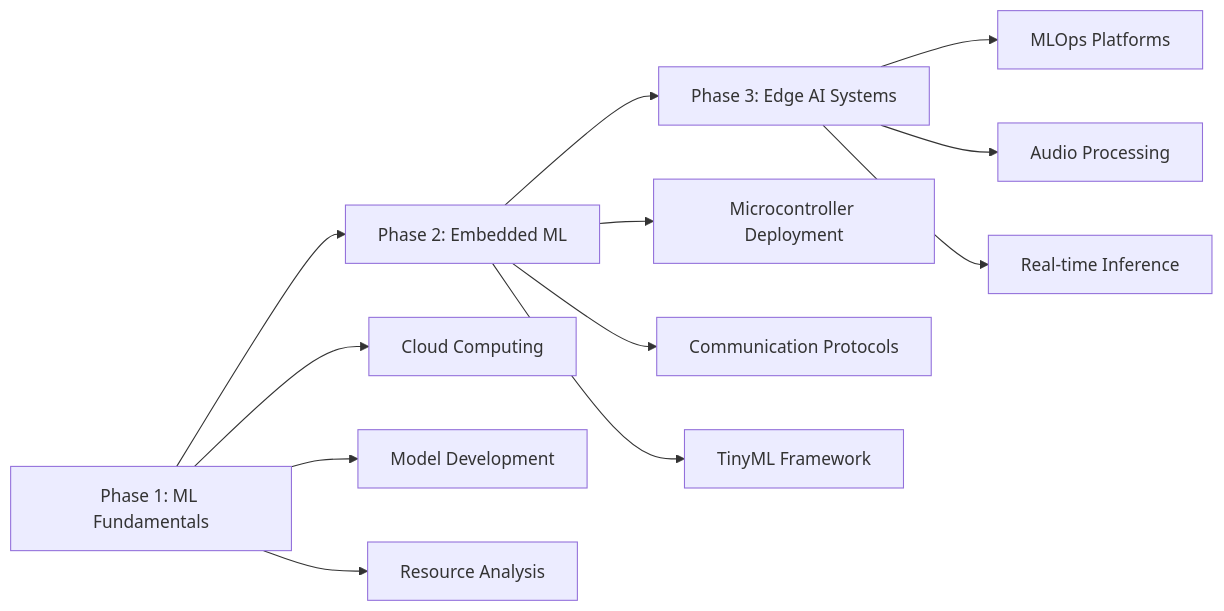
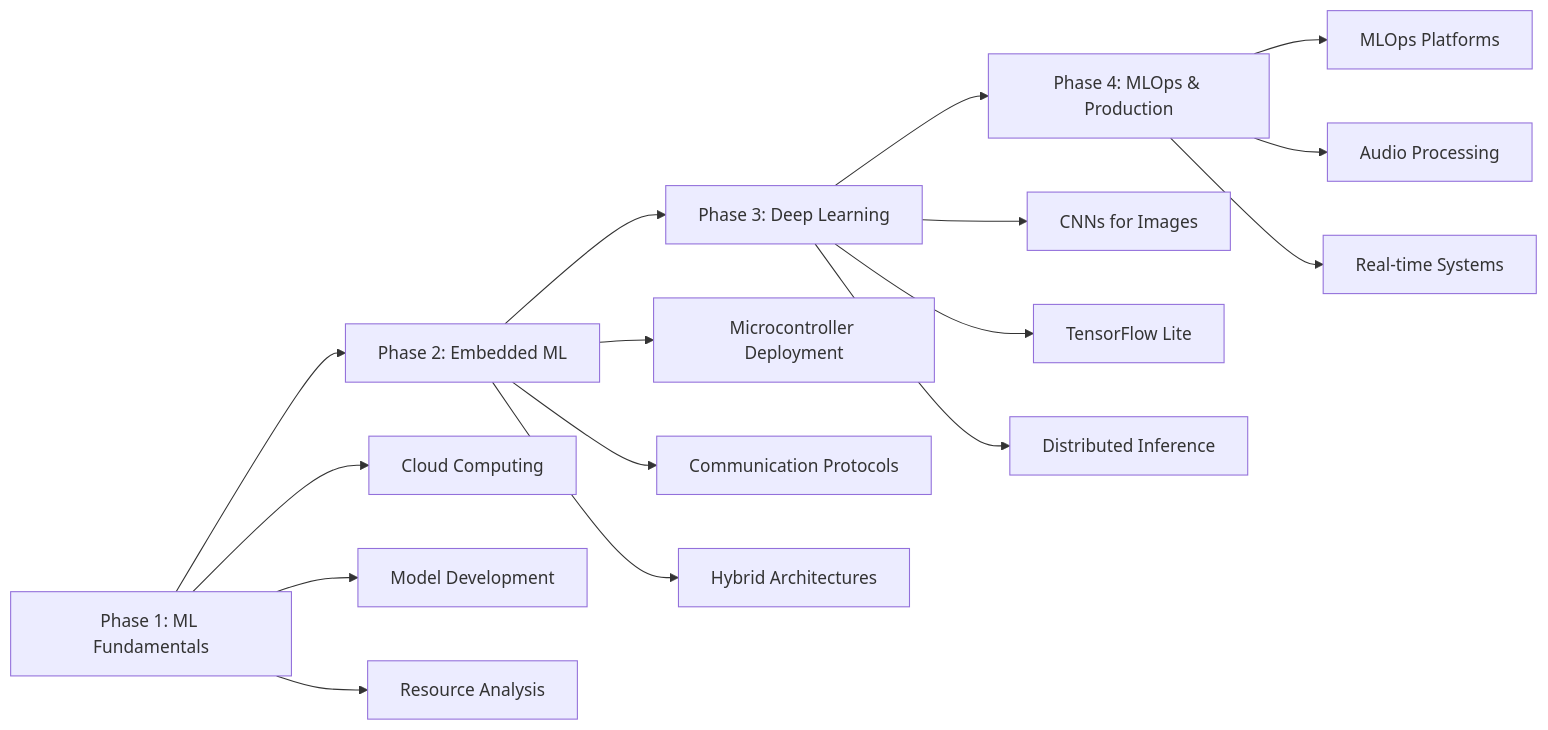
The diagram in README.md (ahmed3991/AIoT-2025), drawn with Mermaid before and after one commit. The commit also changed other lines of this file, not shown here.

Commit message:
Expand learning path from three to four phases, adding Deep Learning and MLOps & Production sections with updated sub-topics.

````diff
--- a/README.md
+++ b/README.md
@@ -15,17 +15,22 @@
 ```mermaid
 graph LR
     A[Phase 1: ML Fundamentals] --> B[Phase 2: Embedded ML]
-    B --> C[Phase 3: Edge AI Systems]
+    B --> C[Phase 3: Deep Learning]
+    C --> D[Phase 4: MLOps & Production]
     
     A --> A1[Cloud Computing]
     A --> A2[Model Development]
     A --> A3[Resource Analysis]
     
     B --> B1[Microcontroller Deployment]
     B --> B2[Communication Protocols]
-    B --> B3[TinyML Framework]
+    B --> B3[Hybrid Architectures]
     
-    C --> C1[MLOps Platforms]
-    C --> C2[Audio Processing]
-    C --> C3[Real-time Inference]
+    C --> C1[CNNs for Images]
+    C --> C2[TensorFlow Lite]
+    C --> C3[Distributed Inference]
+    
+    D --> D1[MLOps Platforms]
+    D --> D2[Audio Processing]
+    D --> D3[Real-time Systems]
 ```
````
